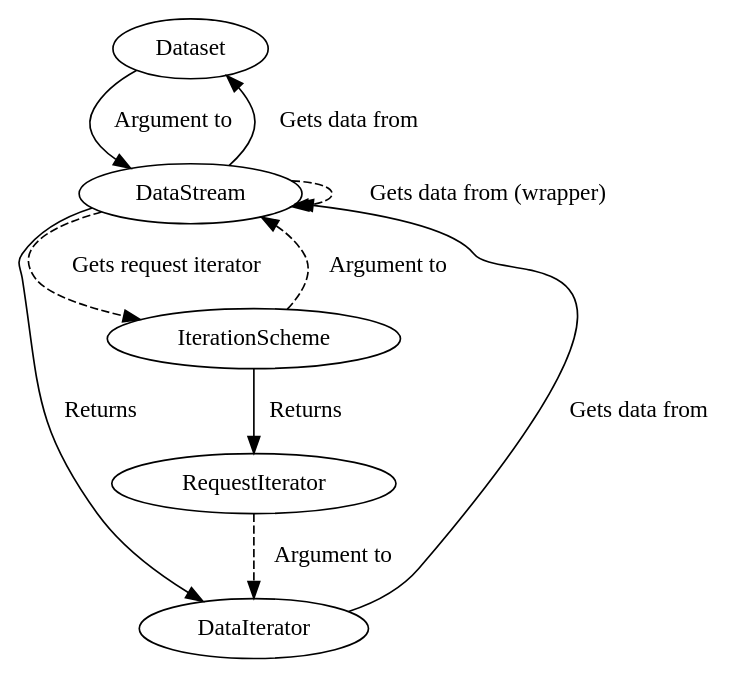
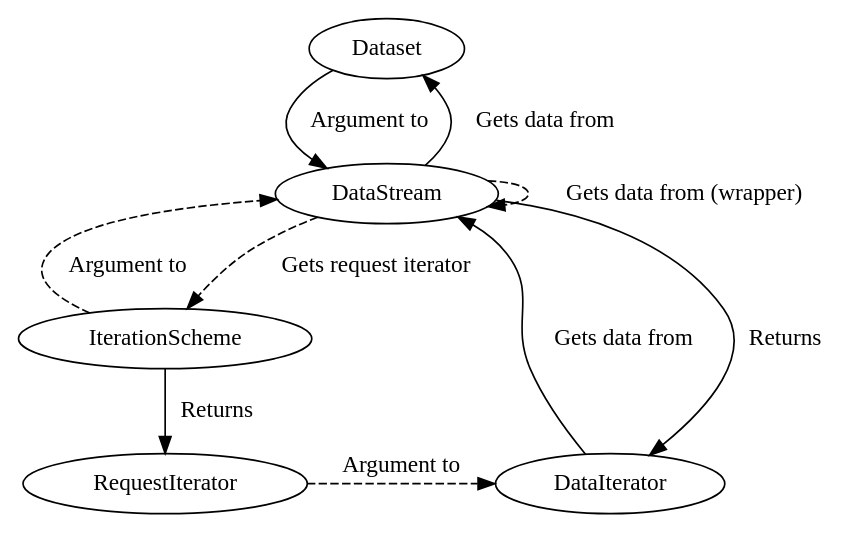
One commit to mila-iqia/blocks changed the diagram in docs/datasets.rst. Above: the diagram before and after it, drawn with Graphviz.

Commit message:
Better graph

```diff
--- a/docs/datasets.rst
+++ b/docs/datasets.rst
@@ -53,12 +8,13 @@
 .. digraph:: datasets
    :caption: A simplified overview of the interactions between the different parts of the data-handling classes in Blocks. Dashed lines are optional.
 
    Dataset -> DataStream [label=" Argument to"];
    DataStream -> Dataset [label=" Gets data from"];
    DataStream -> DataIterator [label=" Returns"];
    IterationScheme -> DataStream [style=dashed, label=" Argument to"];
    DataStream -> IterationScheme [style=dashed, label=" Gets request iterator"];
    IterationScheme -> RequestIterator [label=" Returns"];
    RequestIterator -> DataIterator [style=dashed, label=" Argument to"];
    DataIterator -> DataStream [label=" Gets data from"];
    DataStream -> DataStream [style=dashed, label=" Gets data from (wrapper)"];
+   { rank=same; RequestIterator, DataIterator }
```
